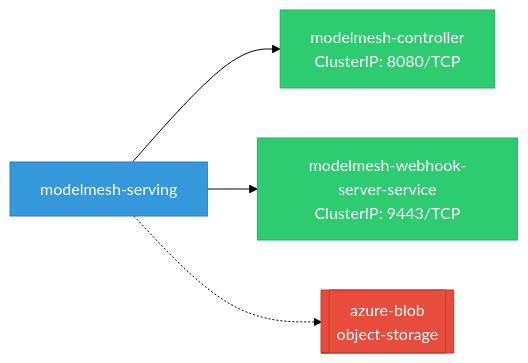
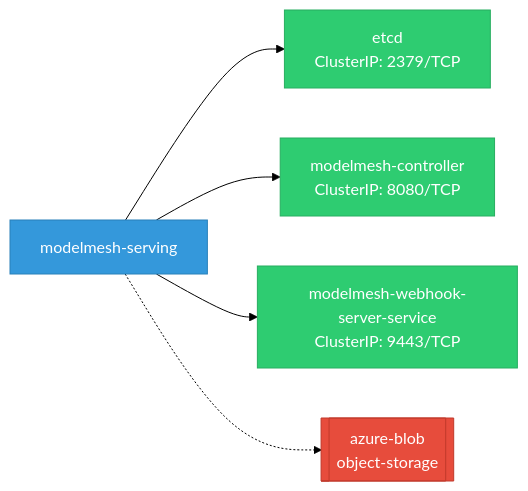
Before and after one commit to ugiordan/architecture-analyzer: the first of 2 diagrams in site/docs/rhoai-platform/components/modelmesh_serving/network.md, drawn with Mermaid (forest theme). The commit also changed other lines of this file and 299 other files, not shown here.

````diff
--- a/site/docs/rhoai-platform/components/modelmesh_serving/network.md
+++ b/site/docs/rhoai-platform/components/modelmesh_serving/network.md
@@ -5,12 +5,13 @@
 ```mermaid
 graph LR
     classDef svc fill:#2ecc71,stroke:#27ae60,color:#fff
     classDef test fill:#95a5a6,stroke:#7f8c8d,color:#fff
     classDef component fill:#3498db,stroke:#2980b9,color:#fff
     classDef ext fill:#e74c3c,stroke:#c0392b,color:#fff
 
     modelmesh_serving["modelmesh-serving"]:::component
-    modelmesh_serving --> svc_0["modelmesh-controller\nClusterIP: 8080/TCP"]:::svc
-    modelmesh_serving --> svc_1["modelmesh-webhook-server-service\nClusterIP: 9443/TCP"]:::svc
+    modelmesh_serving --> svc_0["etcd\nClusterIP: 2379/TCP"]:::svc
+    modelmesh_serving --> svc_1["modelmesh-controller\nClusterIP: 8080/TCP"]:::svc
+    modelmesh_serving --> svc_2["modelmesh-webhook-server-service\nClusterIP: 9443/TCP"]:::svc
     modelmesh_serving -.-> ext_azure_blob[["azure-blob\nobject-storage"]]:::ext
 ```
````
